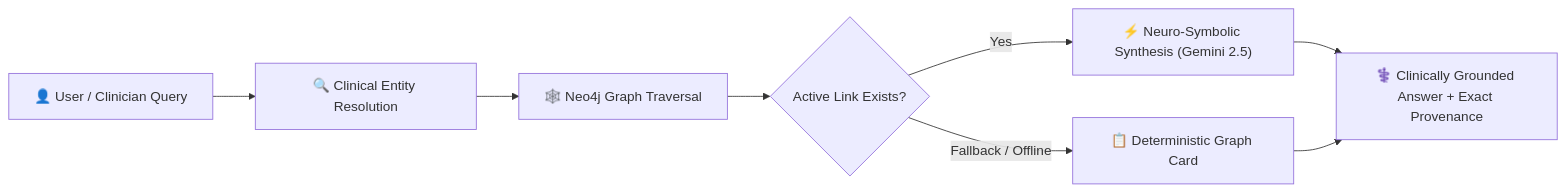
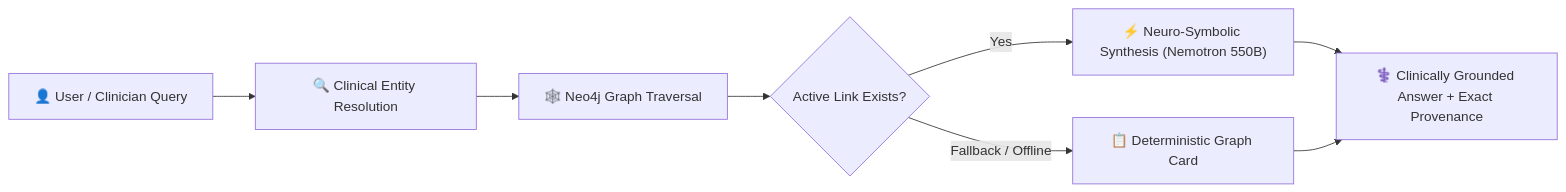
One commit to slyvarun/medgraph-ai-service changed the first of 3 diagrams in docs/EXPERT_AIML_PROJECT_OVERVIEW.md. Above: the diagram before and after it, drawn with Mermaid. The commit also changed other lines of this file and 5 other files, not shown here.

````diff
--- a/docs/EXPERT_AIML_PROJECT_OVERVIEW.md
+++ b/docs/EXPERT_AIML_PROJECT_OVERVIEW.md
@@ -36,10 +36,10 @@
 ```mermaid
 flowchart LR
     A["👤 User / Clinician Query"] --> B["🔍 Clinical Entity Resolution"]
     B --> C["🕸️ Neo4j Graph Traversal"]
     C --> D{"Active Link Exists?"}
-    D -->|Yes| E["⚡ Neuro-Symbolic Synthesis (Gemini 2.5)"]
+    D -->|Yes| E["⚡ Neuro-Symbolic Synthesis (Nemotron 550B)"]
     D -->|Fallback / Offline| F["📋 Deterministic Graph Card"]
     E --> G["⚕️ Clinically Grounded Answer + Exact Provenance"]
     F --> G
 ```
````
